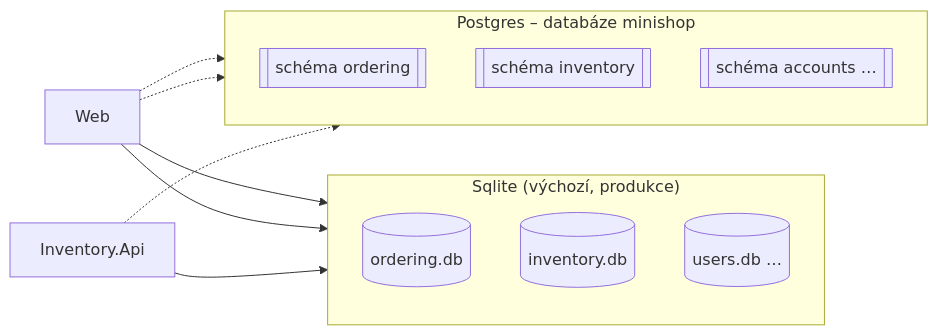
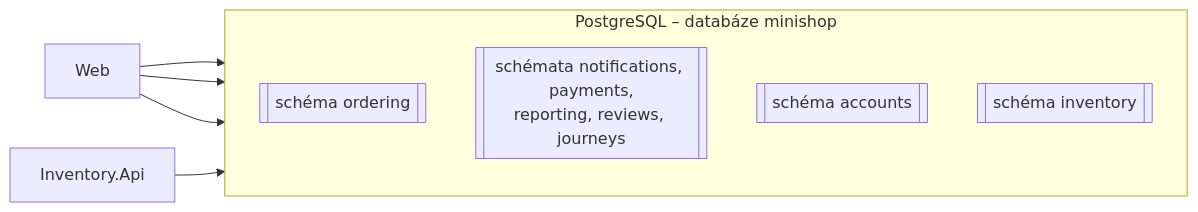
Before and after one commit to ftichy/MiniShop: the first of 2 diagrams in docs/prirucka/architektura/databaze.md, drawn with Mermaid. The commit also changed other lines of this file and 248 other files, not shown here.

````diff
--- a/docs/prirucka/architektura/databaze.md
+++ b/docs/prirucka/architektura/databaze.md
@@ -28,21 +28,14 @@
 ```mermaid
 flowchart LR
-    subgraph sqlite["Sqlite (výchozí, produkce)"]
-        direction TB
-        f1[(ordering.db)]
-        f2[(inventory.db)]
-        f3[(users.db …)]
-    end
-    subgraph pg["Postgres – databáze minishop"]
+    subgraph pg["PostgreSQL – databáze minishop"]
         direction TB
         s1[[schéma ordering]]
+        s5[[schémata notifications, payments,<br/>reporting, reviews, journeys]]
+        s3[[schéma accounts]]
         s2[[schéma inventory]]
-        s3[[schéma accounts …]]
     end
-    web[Web] --> f1
-    web --> f3
-    inv[Inventory.Api] --> f2
-    web -.-> s1
-    web -.-> s3
-    inv -.-> s2
+    web[Web] --> s1
+    web --> s5
+    web --> s3
+    inv[Inventory.Api] --> s2
 ```
````
